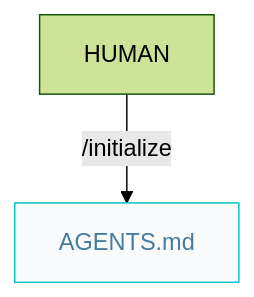
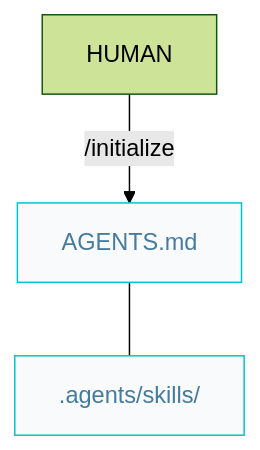
The first of 2 diagrams in docs/architect.pipelines.md (AIDDbot/AIDDbot), drawn with Mermaid (forest theme) before and after one commit. The commit also changed other lines of this file and 32 other files, not shown here.

Commit message:
docs: enhance AGENTS.md and README for clarity; introduce skills index and artifact conventions; update skill descriptions and documentation structure for better usability

````diff
--- a/docs/architect.pipelines.md
+++ b/docs/architect.pipelines.md
@@ -7,9 +7,11 @@
 ```mermaid
 flowchart TD  
   HUM[HUMAN]
   AGT["AGENTS.md"]:::nd
+  SKL[".agents/skills/"]:::nd
 
   HUM -->|/initialize| AGT
+  AGT --- SKL
 
   classDef nd fill:#f8fafc,stroke:#00c4cc,color:#457b9d
 ```
````
